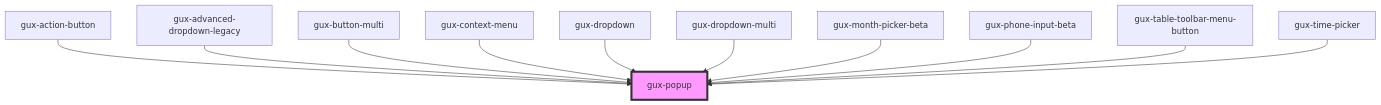
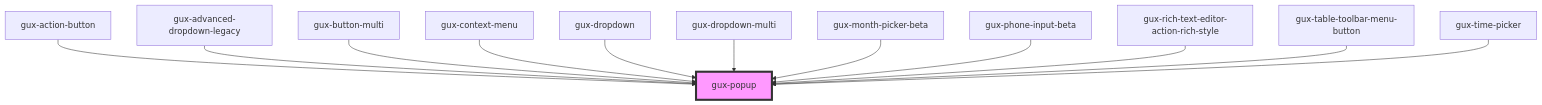
The diagram in packages/genesys-spark-components/src/components/stable/gux-popup/readme.md (MyPureCloud/genesys-spark), drawn with Mermaid before and after one commit. The commit also changed other lines of this file and 28 other files, not shown here.

First line of the commit message:
feat(rich-text-editor): addition of rich style feature

````diff
--- a/packages/genesys-spark-components/src/components/stable/gux-popup/readme.md
+++ b/packages/genesys-spark-components/src/components/stable/gux-popup/readme.md
@@ -51,14 +52,15 @@
 ```mermaid
 graph TD;
   gux-action-button --> gux-popup
   gux-advanced-dropdown-legacy --> gux-popup
   gux-button-multi --> gux-popup
   gux-context-menu --> gux-popup
   gux-dropdown --> gux-popup
   gux-dropdown-multi --> gux-popup
   gux-month-picker-beta --> gux-popup
   gux-phone-input-beta --> gux-popup
+  gux-rich-text-editor-action-rich-style --> gux-popup
   gux-table-toolbar-menu-button --> gux-popup
   gux-time-picker --> gux-popup
   style gux-popup fill:#f9f,stroke:#333,stroke-width:4px
 ```
````
